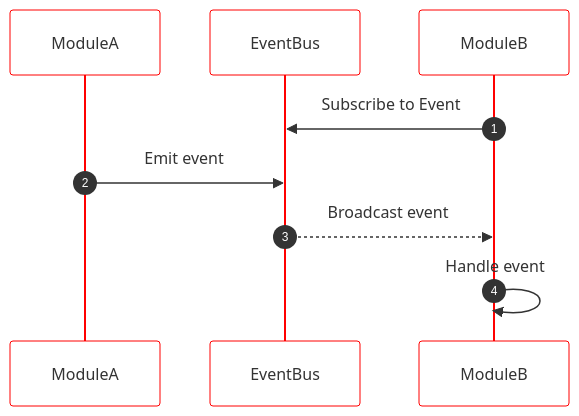
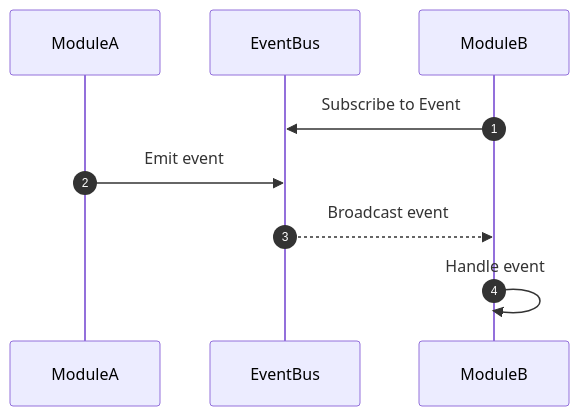
Before and after one commit to lukejamesmorrison/mother-docs: the diagram in docs/Framework/Developer/BuildingAModule/BuildingAModule.md, drawn with Mermaid. The commit also changed 17 other files, not shown here.

````diff
--- a/docs/Framework/Developer/BuildingAModule/BuildingAModule.md
+++ b/docs/Framework/Developer/BuildingAModule/BuildingAModule.md
@@ -350,29 +350,12 @@
 ```mermaid
-%%{
-  init: {
-    'theme': 'base',
-    'themeVariables': {
-        'primaryColor': '#BB2528',
-        'primaryBorderColor': 'red',
-        'mainBkg': 'white',
-        'nodeBorder': 'red',
-        'lineColor': 'black',
-        'secondaryColor': 'white',
-        'secondaryBorderColor': 'black',
-        'tertiaryColor': '#F2F2F2',
-        'tertiaryBorderColor': 'black'
-    }
-  }
-}%%
-
 sequenceDiagram
     autonumber
     participant ModuleA
 participant EventBus
     participant ModuleB
 
     ModuleB->>EventBus: Subscribe to Event
     ModuleA->>EventBus: Emit event
     EventBus-->>ModuleB: Broadcast event
     ModuleB->>ModuleB: Handle event
 ```
````
